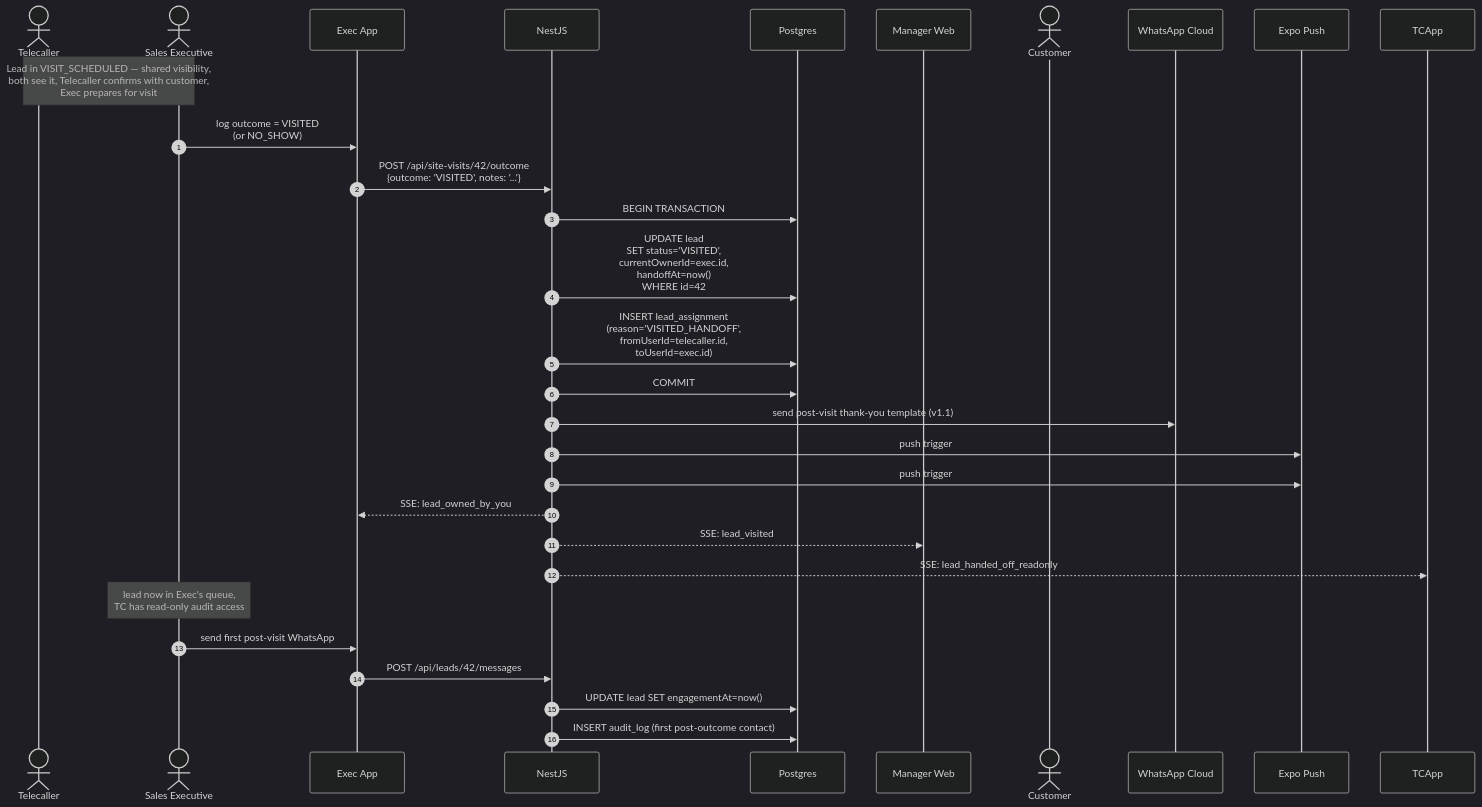
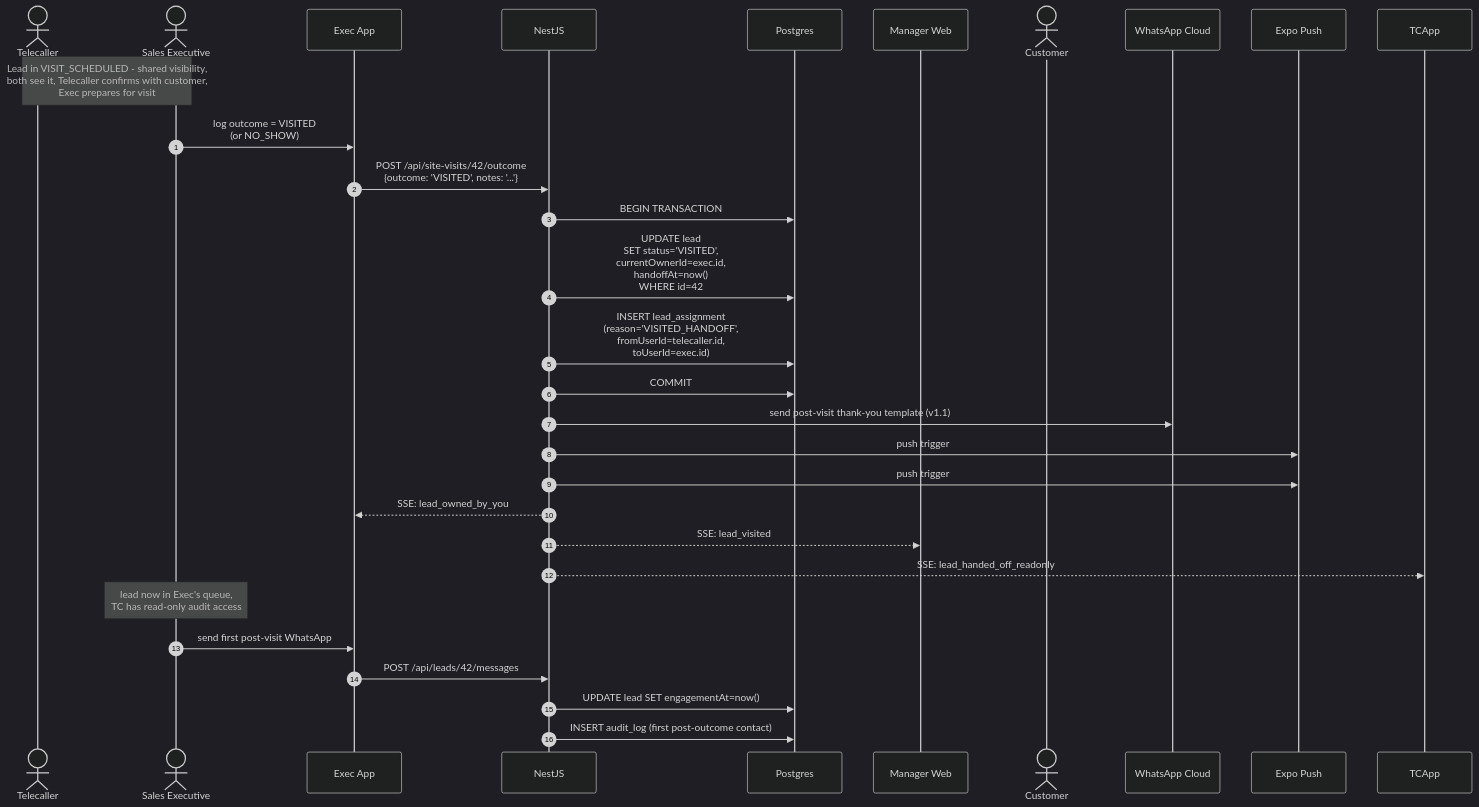
One commit to shadhilbuilders/shadhilbuilders-crm changed the sixth of 6 diagrams in docs/planning/WORKFLOW-DIAGRAMS.md. Above: the diagram before and after it, drawn with Mermaid (dark theme). The commit also changed other lines of this file and 293 other files, not shown here.

````diff
--- a/docs/planning/WORKFLOW-DIAGRAMS.md
+++ b/docs/planning/WORKFLOW-DIAGRAMS.md
@@ -474,37 +474,37 @@
 ```mermaid
 sequenceDiagram
     autonumber
     actor TC as Telecaller
     actor Exec as Sales Executive
     participant ExecApp as Exec App
     participant Nest as NestJS
     participant DB as Postgres
     participant MgrApp as Manager Web
     actor Cust as Customer
     participant WA as WhatsApp Cloud
     participant Expo as Expo Push
 
-    Note over TC,Exec: Lead in VISIT_SCHEDULED — shared visibility,<br/>both see it, Telecaller confirms with customer,<br/>Exec prepares for visit
+    Note over TC,Exec: Lead in VISIT_SCHEDULED - shared visibility,<br/>both see it, Telecaller confirms with customer,<br/>Exec prepares for visit
 
     Exec->>ExecApp: log outcome = VISITED<br/>(or NO_SHOW)
     ExecApp->>Nest: POST /api/site-visits/42/outcome<br/>{outcome: 'VISITED', notes: '...'}
 
     Nest->>DB: BEGIN TRANSACTION
     Nest->>DB: UPDATE lead<br/>SET status='VISITED',<br/>    currentOwnerId=exec.id,<br/>    handoffAt=now()<br/>WHERE id=42
     Nest->>DB: INSERT lead_assignment<br/>(reason='VISITED_HANDOFF',<br/> fromUserId=telecaller.id,<br/> toUserId=exec.id)
     Nest->>DB: COMMIT
 
     Nest->>WA: send post-visit thank-you template (v1.1)
     Nest->>Expo: push trigger #4 to Exec ("New lead for you")
     Nest->>Expo: push trigger #11 to Manager ("X visited today")
     Nest-->>ExecApp: SSE: lead_owned_by_you
     Nest-->>MgrApp: SSE: lead_visited
     Nest-->>TCApp: SSE: lead_handed_off_readonly
 
     Note over Exec: lead now in Exec's queue,<br/>TC has read-only audit access
 
     Exec->>ExecApp: send first post-visit WhatsApp
     ExecApp->>Nest: POST /api/leads/42/messages
     Nest->>DB: UPDATE lead SET engagementAt=now()
     Nest->>DB: INSERT audit_log (first post-outcome contact)
 ```
````
